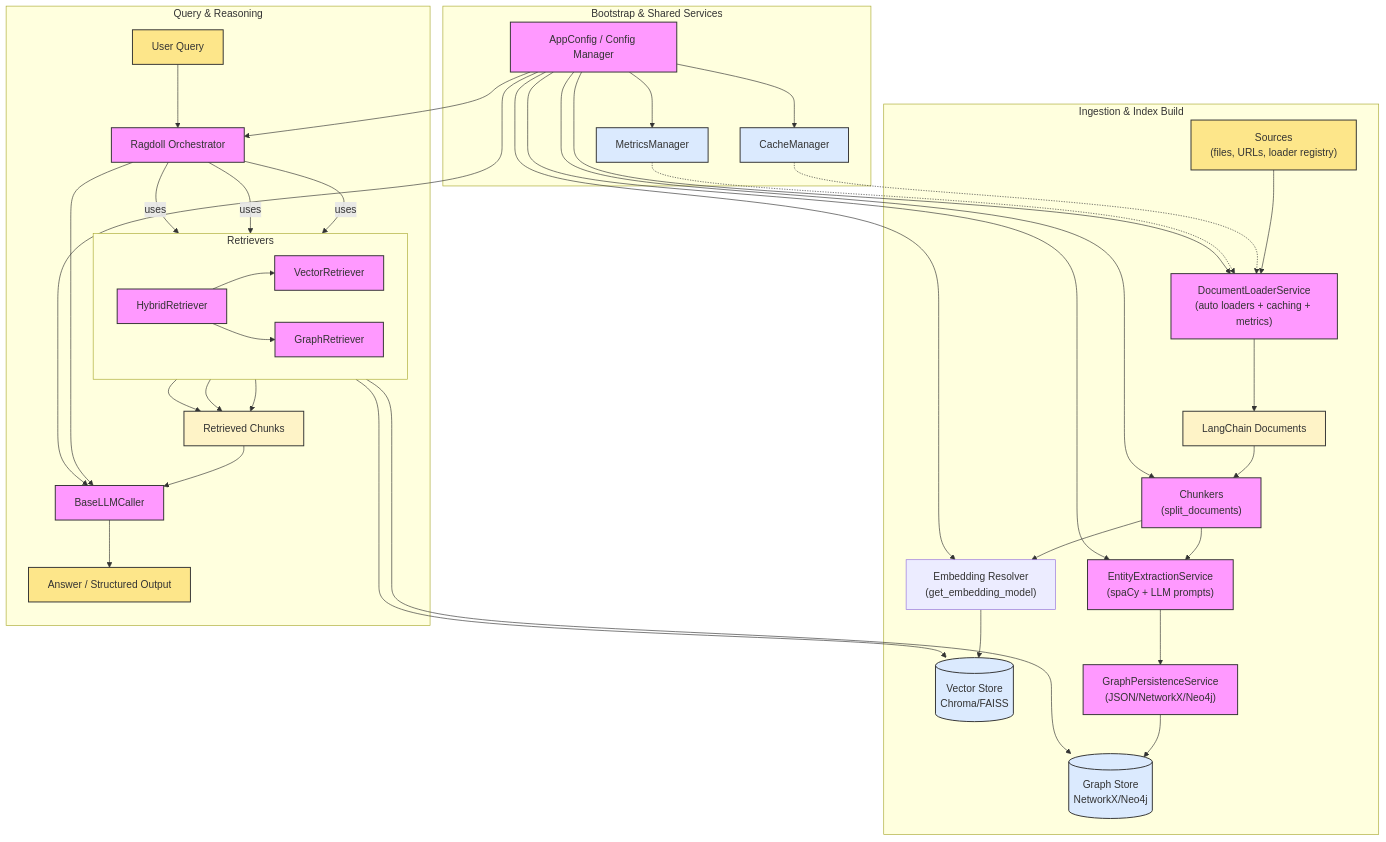
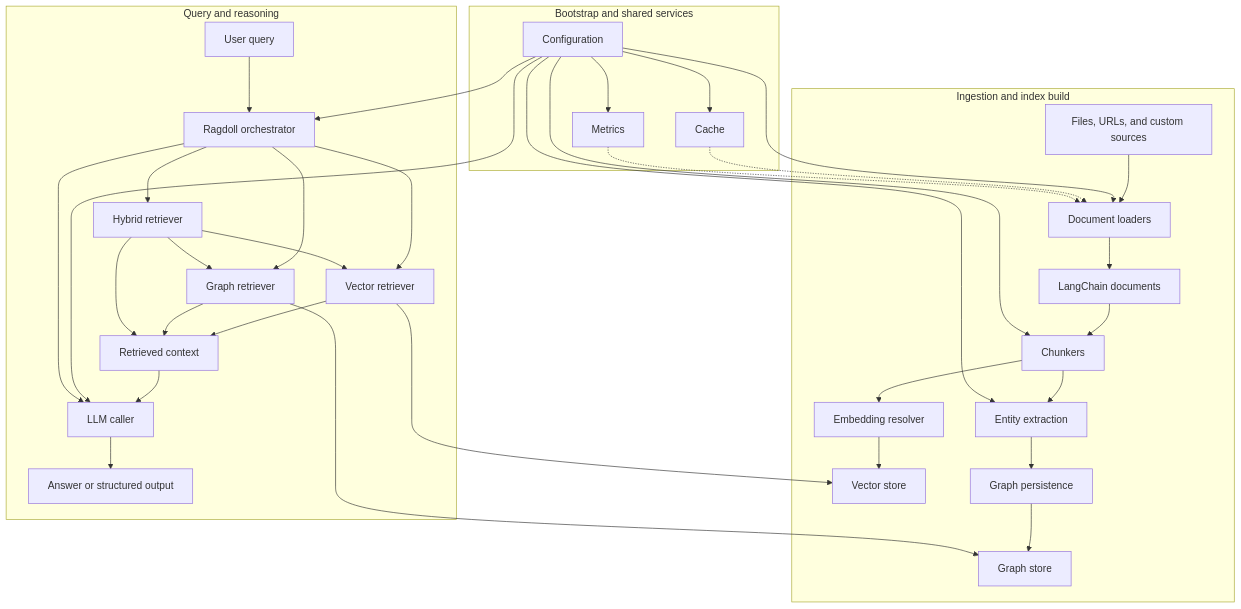
One commit to nsasto/RAGdoll changed the diagram in README.md. Above: the diagram before and after it, drawn with Mermaid. The commit also changed 3 other files, not shown here.

````diff
--- a/README.md
+++ b/README.md
@@ -556,67 +556,46 @@
 ```mermaid
-graph TD
-    subgraph Shared_Config["Bootstrap & Shared Services"]
-        CFG["AppConfig / Config Manager"]
-        CACHE["CacheManager"]
-        METRICS["MetricsManager"]
+flowchart TD
+    subgraph bootstrap["Bootstrap and shared services"]
+        CFG["Configuration"]
+        CACHE["Cache"]
+        METRICS["Metrics"]
         CFG --> CACHE
         CFG --> METRICS
     end
 
-    subgraph Ingestion["Ingestion & Index Build"]
-        SRC["Sources<br/>(files, URLs, loader registry)"] --> LOADER["DocumentLoaderService<br/>(auto loaders + caching + metrics)"]
-        CACHE -.-> LOADER
-        METRICS -.-> LOADER
-        CFG --> LOADER
-        LOADER --> DOCS["LangChain Documents"]
-        DOCS --> CHUNK["Chunkers<br/>(split_documents)"]
-        CFG --> CHUNK
-        CHUNK --> EMB["Embedding Resolver<br/>(get_embedding_model)"]
-        CFG --> EMB
-        EMB --> VSTORE[("Vector Store<br/>Chroma/FAISS")]
-        CHUNK --> ENT["EntityExtractionService<br/>(spaCy + LLM prompts)"]
-        CFG --> ENT
-        ENT --> GPERSIST["GraphPersistenceService<br/>(JSON/NetworkX/Neo4j)"]
-        GPERSIST --> GRAPHSTORE[("Graph Store<br/>NetworkX/Neo4j")]
+    subgraph ingestion["Ingestion and index build"]
+        SRC["Files, URLs, and custom sources"] --> LOADER["Document loaders"]
+        LOADER --> DOCS["LangChain documents"]
+        DOCS --> CHUNK["Chunkers"]
+        CHUNK --> EMB["Embedding resolver"]
+        EMB --> VSTORE["Vector store"]
+        CHUNK --> ENT["Entity extraction"]
+        ENT --> GPERSIST["Graph persistence"]
+        GPERSIST --> GRAPHSTORE["Graph store"]
     end
 
-    subgraph Query["Query & Reasoning"]
-        USER["User Query"] --> RAG["Ragdoll Orchestrator"]
-        CFG --> RAG
-
-        subgraph Retrievers
-            direction LR
-            VR["VectorRetriever"]
-            GR["GraphRetriever"]
-            HR["HybridRetriever"]
-        end
-
-        RAG -- "uses" --> VR
-        RAG -- "uses" --> GR
-        RAG -- "uses" --> HR
-
+    subgraph query["Query and reasoning"]
+        USER["User query"] --> RAG["Ragdoll orchestrator"]
+        RAG --> VR["Vector retriever"]
+        RAG --> GR["Graph retriever"]
+        RAG --> HR["Hybrid retriever"]
         VR --> VSTORE
         GR --> GRAPHSTORE
         HR --> VR
         HR --> GR
-
-        VR --> CONTEXT["Retrieved Chunks"]
+        VR --> CONTEXT["Retrieved context"]
         GR --> CONTEXT
         HR --> CONTEXT
-
-        CONTEXT --> LLM["BaseLLMCaller"]
-        RAG --> LLM
-        CFG --> LLM
-        LLM --> ANSWER["Answer / Structured Output"]
+        CONTEXT --> LLM["LLM caller"]
+        LLM --> ANSWER["Answer or structured output"]
     end
 
-    classDef service fill:#f9f,stroke:#333,stroke-width:1.5px;
-    classDef storage fill:#dbeafe,stroke:#333,stroke-width:1.5px;
-    classDef data fill:#fef3c7,stroke:#333,stroke-width:1.5px;
-    classDef io fill:#fde68a,stroke:#333,stroke-width:1.5px;
-
-    class CFG,LOADER,CHUNK,ENT,GPERSIST,RAG,LLM,VR,GR,HR service;
-    class CACHE,METRICS,GRAPHSTORE,VSTORE storage;
-    class DOCS,CONTEXT data;
-    class SRC,USER,ANSWER io;
+    CFG --> LOADER
+    CFG --> CHUNK
+    CFG --> ENT
+    CFG --> RAG
+    CFG --> LLM
+    CACHE -.-> LOADER
+    METRICS -.-> LOADER
+    RAG --> LLM
 ```
````
